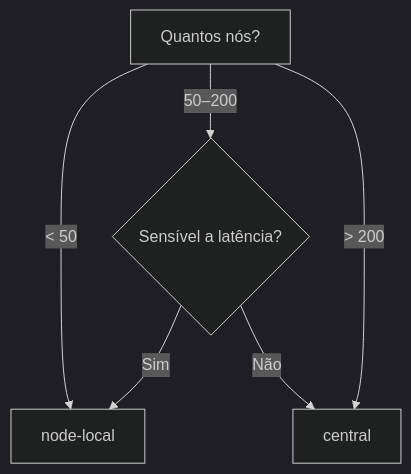
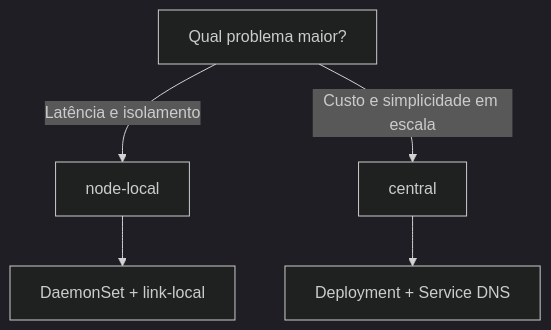
The diagram in docs/pt-BR/guides/topology-profiles.md (astradns/astradns-site), drawn with Mermaid (dark theme) before and after one commit. The commit also changed other lines of this file and 11 other files, not shown here.

````diff
--- a/docs/pt-BR/guides/topology-profiles.md
+++ b/docs/pt-BR/guides/topology-profiles.md
@@ -7,8 +19,7 @@
 ```mermaid
 flowchart TD
-    A[Quantos nós?] -->|< 50| B[node-local]
-    A -->|50–200| C{Sensível a latência?}
-    A -->|> 200| D[central]
-    C -->|Sim| B
-    C -->|Não| D
+    A[Qual problema maior?] -->|Latência e isolamento| B[node-local]
+    A -->|Custo e simplicidade em escala| C[central]
+    B --> D[DaemonSet + link-local]
+    C --> E[Deployment + Service DNS]
 ```
````
